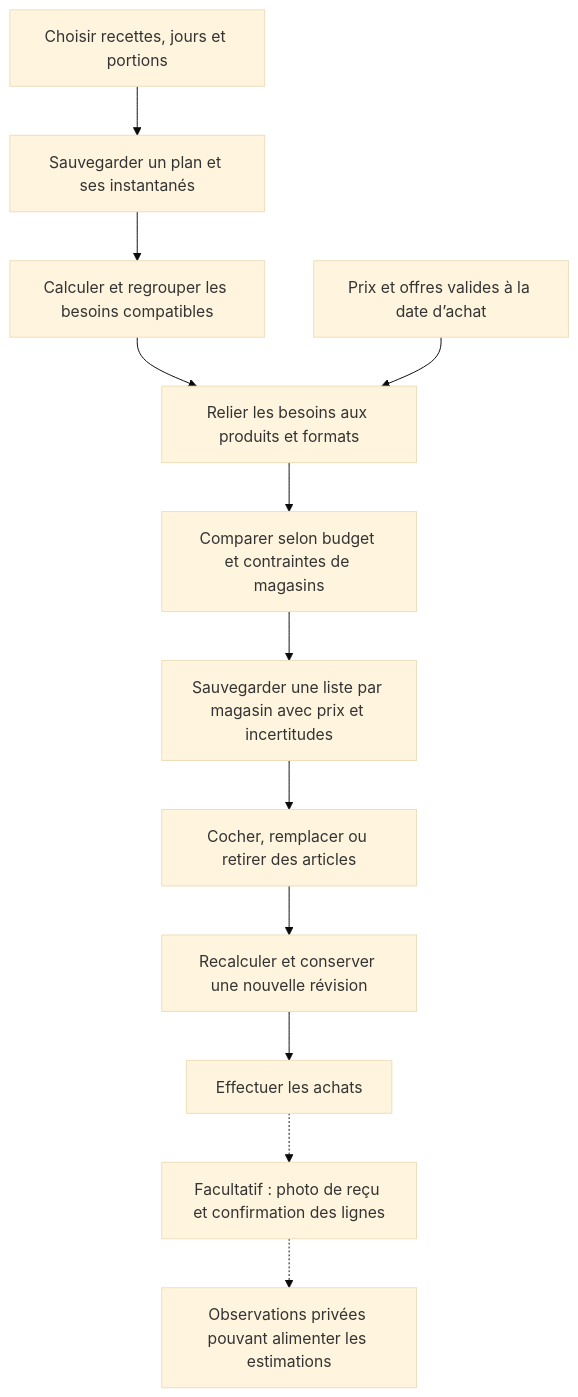
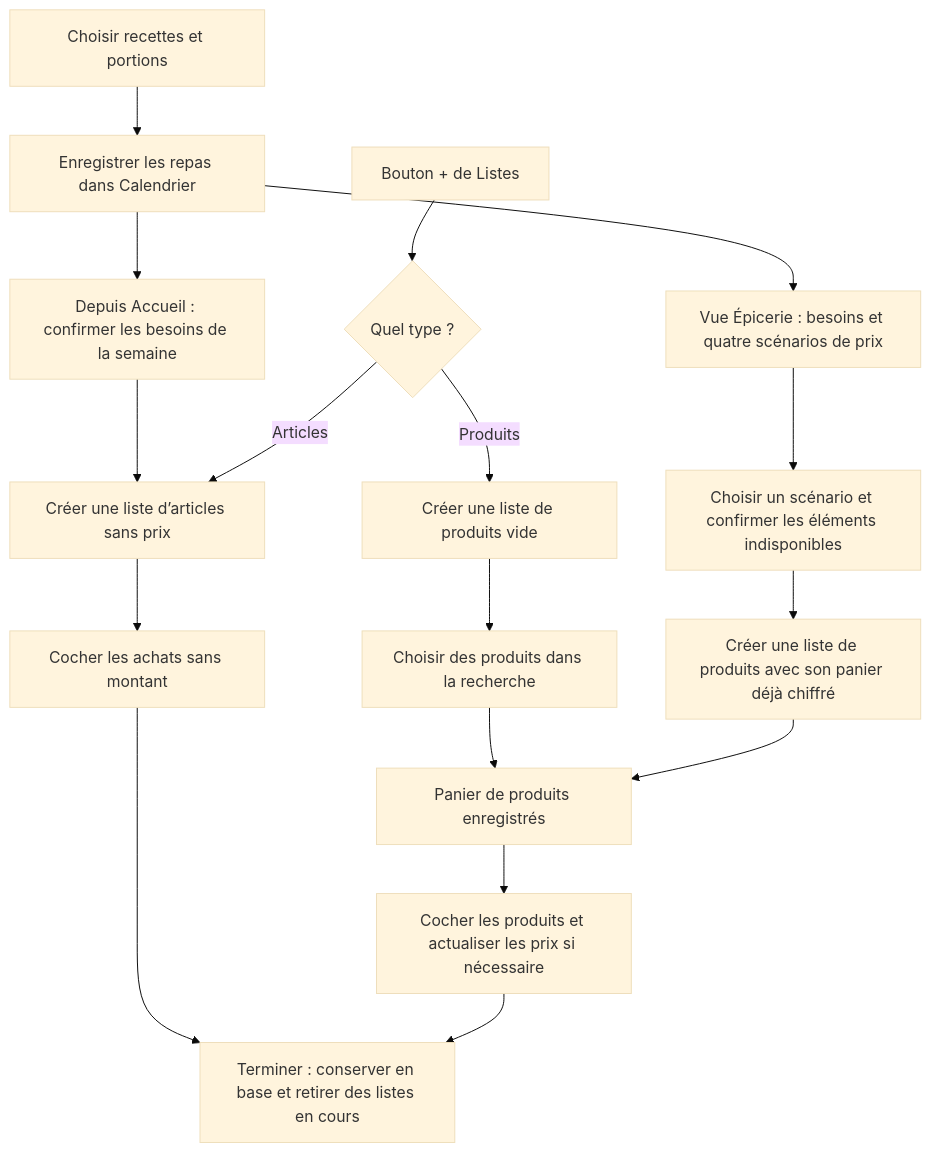
Diagram 27 of 27 in README-fonctionnement.md (EnzoT454/OptiMeal), drawn with Mermaid (base theme) before and after one commit. The commit also changed other lines of this file and 80 other files, not shown here.

Commit message:
corrections dans onglet listes et vue épicerie - calendrier

````diff
--- a/README-fonctionnement.md
+++ b/README-fonctionnement.md
@@ -1105,14 +1266,19 @@
 ```mermaid
 flowchart TD
-    R[Choisir recettes, jours et portions] --> P[Sauvegarder un plan et ses instantanés]
-    P --> Q[Calculer et regrouper les besoins compatibles]
-    Q --> C[Relier les besoins aux produits et formats]
-    D[Prix et offres valides à la date d’achat] --> C
-    C --> O[Comparer selon budget et contraintes de magasins]
-    O --> L[Sauvegarder une liste par magasin avec prix et incertitudes]
-    L --> M[Cocher, remplacer ou retirer des articles]
-    M --> V[Recalculer et conserver une nouvelle révision]
-    V --> A[Effectuer les achats]
-    A -.-> F[Facultatif : photo de reçu et confirmation des lignes]
-    F -.-> E[Observations privées pouvant alimenter les estimations]
+    R[Choisir recettes et portions] --> P[Enregistrer les repas dans Calendrier]
+    P --> E[Vue Épicerie : besoins et quatre scénarios de prix]
+    E --> S[Choisir un scénario et confirmer les éléments indisponibles]
+    S --> LP[Créer une liste de produits avec son panier déjà chiffré]
+    P --> A[Depuis Accueil : confirmer les besoins de la semaine]
+    A --> LA[Créer une liste d’articles sans prix]
+    PLUS[Bouton + de Listes] --> K{Quel type ?}
+    K -->|Articles| LA
+    K -->|Produits| LV[Créer une liste de produits vide]
+    LV --> CP[Choisir des produits dans la recherche]
+    CP --> PC[Panier de produits enregistrés]
+    LP --> PC
+    LA --> CA[Cocher les achats sans montant]
+    PC --> PA[Cocher les produits et actualiser les prix si nécessaire]
+    CA --> FIN[Terminer : conserver en base et retirer des listes en cours]
+    PA --> FIN
 ```
````
